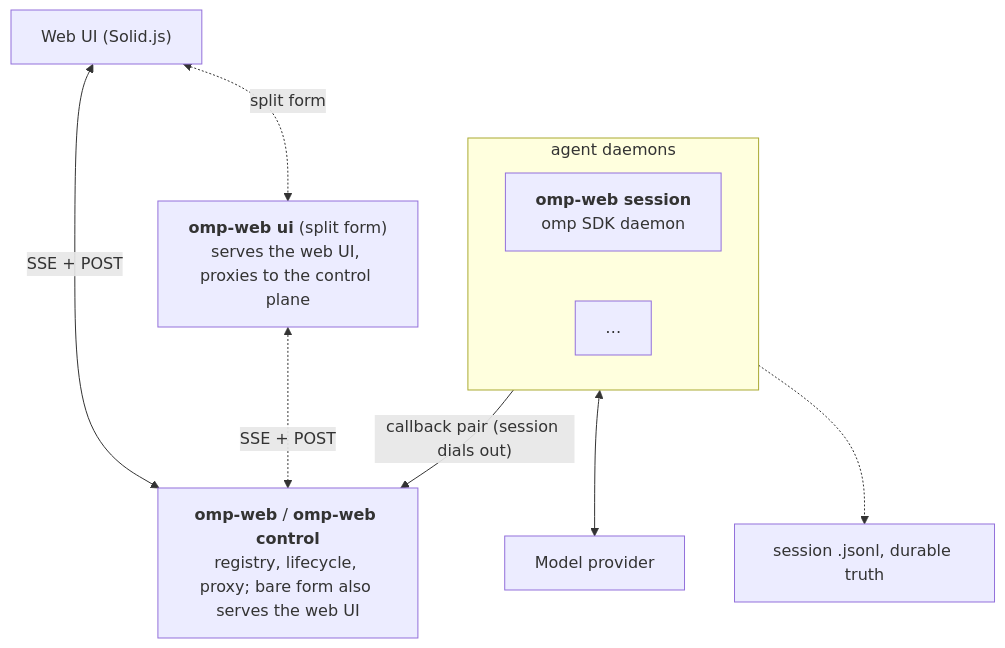
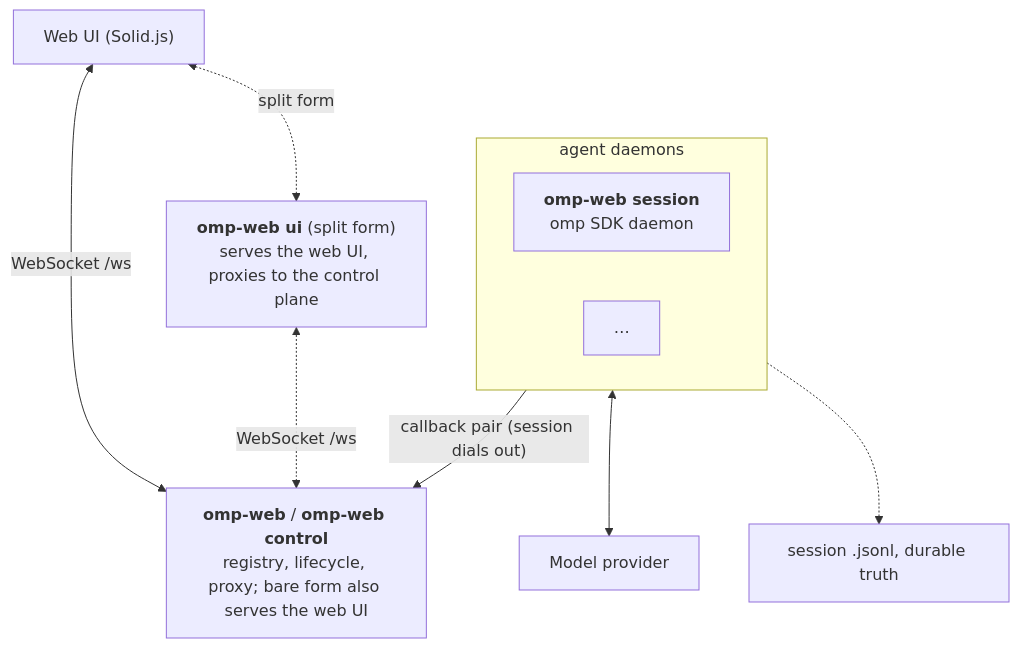
The diagram in README.md (nibblebot/omp-web), drawn with Mermaid before and after one commit. The commit also changed other lines of this file and 17 other files, not shown here.

Commit message:
docs: browser socket (OMP_PROTO 5) in AGENTS, architecture, README, CHANGELOG; comment sweep (0nwj)

````diff
--- a/README.md
+++ b/README.md
@@ -100,20 +100,20 @@
 ```mermaid
 flowchart TB
   browser["Web UI (Solid.js)"]
   fleet["<b>omp-web</b> / <b>omp-web control</b><br/>registry, lifecycle, proxy; bare form also serves the web UI"]
   uiproc["<b>omp-web ui</b> (split form)<br/>serves the web UI, proxies to the control plane"]
   model["Model provider"]
   log["session .jsonl, durable truth"]
 
   subgraph daemons["agent daemons"]
     daemon1["<b>omp-web session</b> <br/>omp SDK daemon"]
     dots["…"]
   end
 
-  browser <-->|"SSE + POST"| fleet
+  browser <-->|"WebSocket /ws"| fleet
   browser <-.->|"split form"| uiproc
-  uiproc <-.->|"SSE + POST"| fleet
+  uiproc <-.->|"WebSocket /ws"| fleet
   daemons -->|"callback pair (session dials out)"| fleet
   daemons <--> model
   daemons -.-> log
 ```
````
